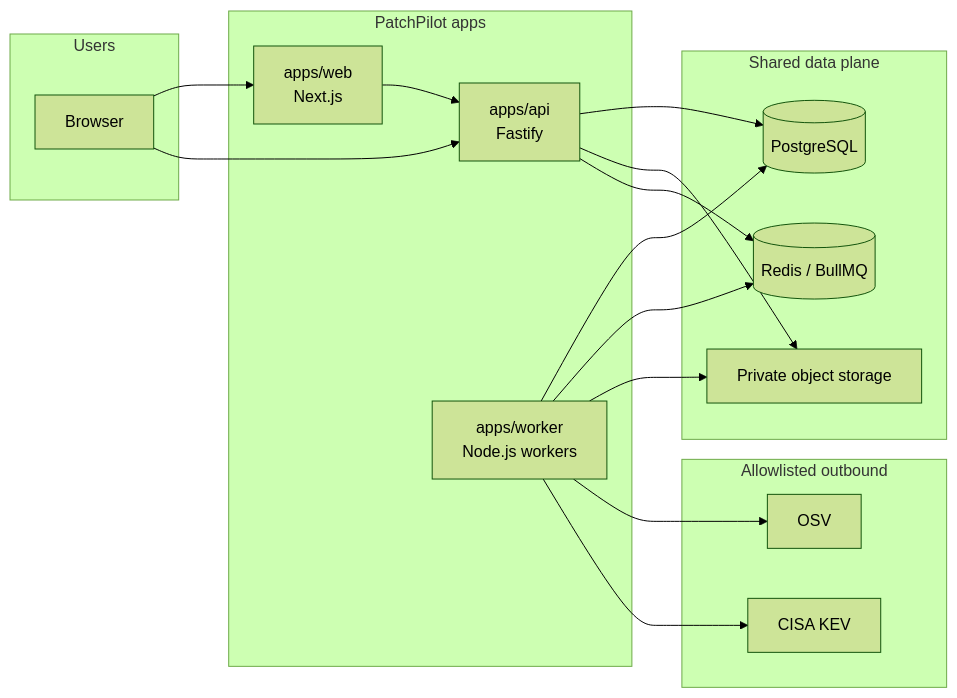
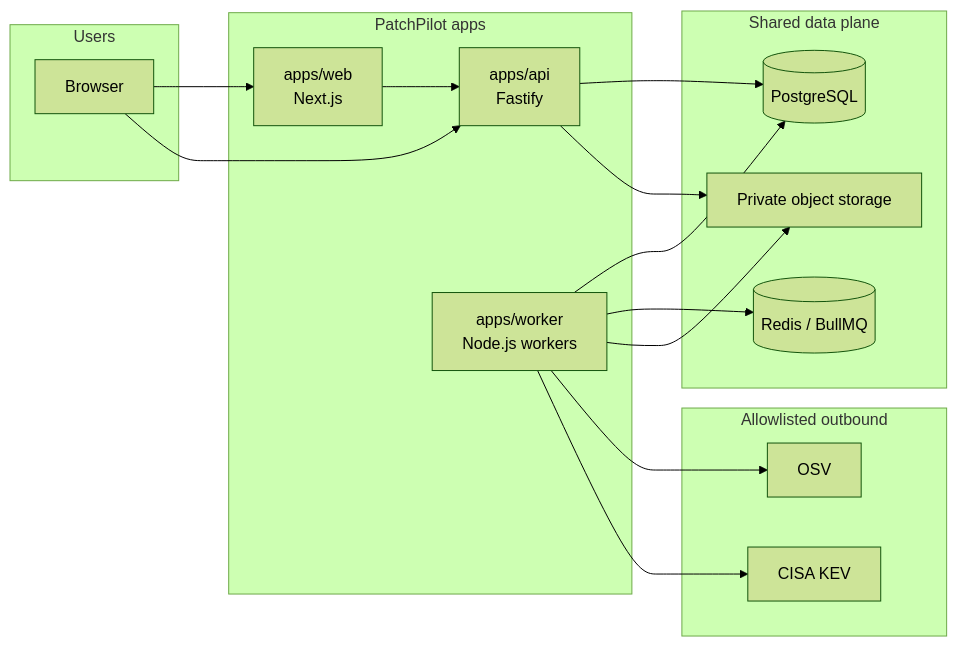
Before and after one commit to rudzy123/patchpilot: the diagram in docs/architecture/container-architecture.md, drawn with Mermaid (forest theme). The commit also changed other lines of this file and 26 other files, not shown here.

````diff
--- a/docs/architecture/container-architecture.md
+++ b/docs/architecture/container-architecture.md
@@ -7,31 +7,30 @@
 ```mermaid
 flowchart LR
   subgraph users [Users]
     Browser[Browser]
   end
   subgraph apps [PatchPilot apps]
     Web[apps/web<br/>Next.js]
     Api[apps/api<br/>Fastify]
     Worker[apps/worker<br/>Node.js workers]
   end
   subgraph data [Shared data plane]
     Pg[(PostgreSQL)]
     Redis[(Redis / BullMQ)]
     Obj[Private object storage]
   end
   subgraph feeds [Allowlisted outbound]
     OSV[OSV]
     KEV[CISA KEV]
   end
   Browser --> Web
   Browser --> Api
   Web --> Api
   Api --> Pg
   Api --> Obj
   Worker --> Pg
   Worker --> Redis
   Worker --> Obj
   Worker --> OSV
   Worker --> KEV
-  Api --> Redis
 ```
````
